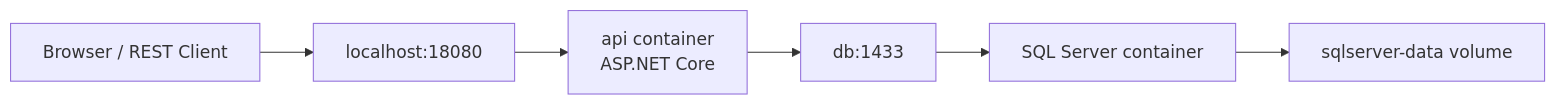
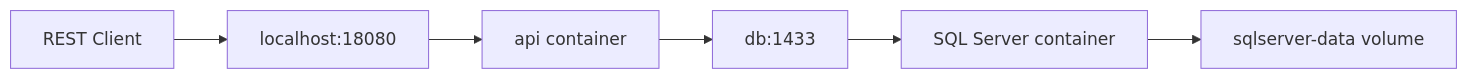
Before and after one commit to premix-labs/aspnet-core-web-api-tutorial-book: the diagram in src/content/docs/part-8-production-ready/48-docker-compose.md, drawn with Mermaid. The commit also changed other lines of this file and 42 other files, not shown here.

Commit message:
Improve tutorial teaching flow

````diff
--- a/src/content/docs/part-8-production-ready/48-docker-compose.md
+++ b/src/content/docs/part-8-production-ready/48-docker-compose.md
@@ -12,8 +12,8 @@
 ```mermaid
 flowchart LR
-    Browser["Browser / REST Client"] --> HostPort["localhost:18080"]
-    HostPort --> Api["api container<br/>ASP.NET Core"]
+    Client["REST Client"] --> Host["localhost:18080"]
+    Host --> Api["api container"]
     Api --> DbHost["db:1433"]
     DbHost --> Sql["SQL Server container"]
     Sql --> Volume["sqlserver-data volume"]
 ```
````
